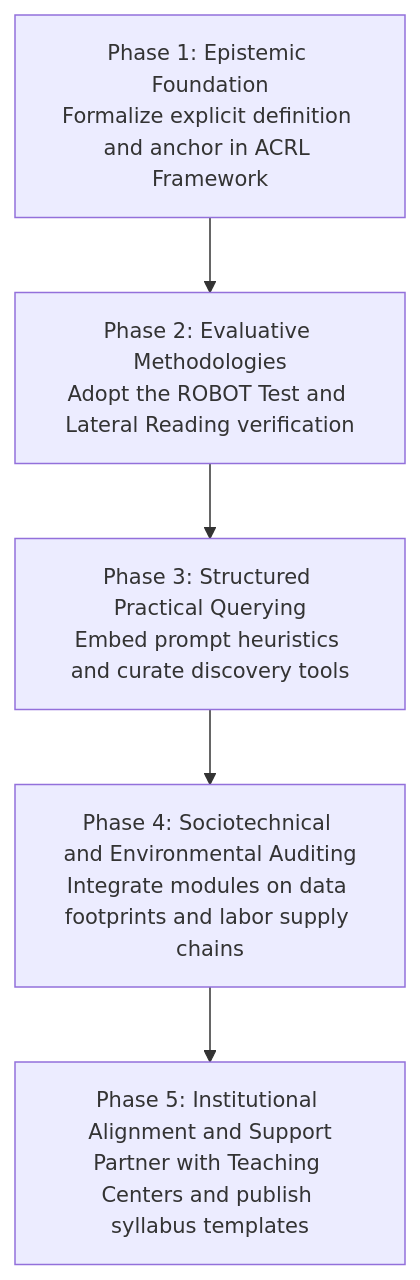
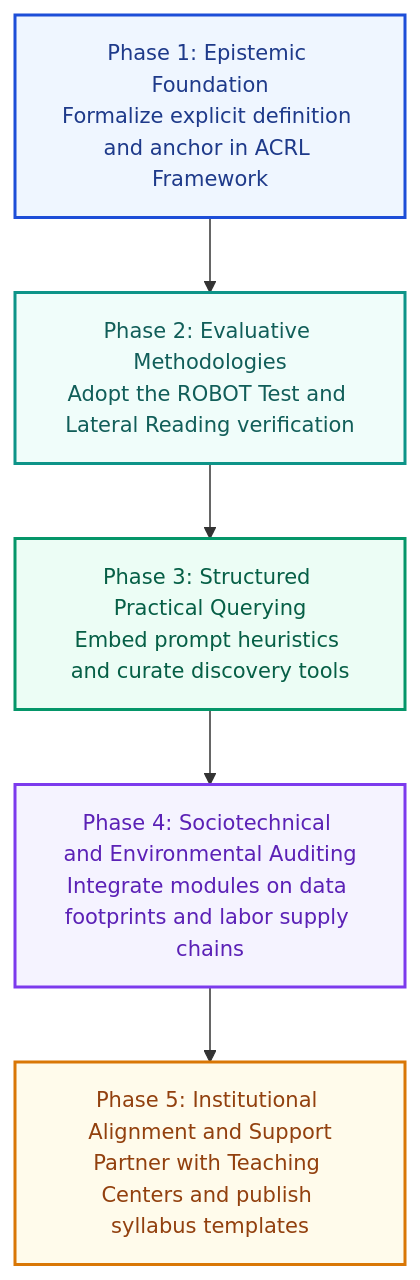
The diagram in chapters/07-recommendations.qmd (UCSB-Library-Research-Data-Services/AI-Literacy), drawn with Mermaid before and after one commit. The commit also changed 16 other files, not shown here.

First line of the commit message:
Refactor Mermaid styles and enhance flowchart definitions

````diff
--- a/chapters/07-recommendations.qmd
+++ b/chapters/07-recommendations.qmd
@@ -13,17 +13,29 @@
 ```{mermaid}
 %%| fig-cap: "Five-Phase Implementation Roadmap for Academic Library AI Curricula"
 %%{init: {'flowchart': {'htmlLabels': false}, 'themeVariables': {'fontSize': '14px'}}}%%
 flowchart TD
     P1["`Phase 1: Epistemic Foundation
          Formalize explicit definition and anchor in ACRL Framework`"]
     P2["`Phase 2: Evaluative Methodologies
          Adopt the ROBOT Test and Lateral Reading verification`"]
     P3["`Phase 3: Structured Practical Querying
          Embed prompt heuristics and curate discovery tools`"]
     P4["`Phase 4: Sociotechnical and Environmental Auditing
          Integrate modules on data footprints and labor supply chains`"]
     P5["`Phase 5: Institutional Alignment and Support
          Partner with Teaching Centers and publish syllabus templates`"]
 
     P1 --> P2 --> P3 --> P4 --> P5
+
+    classDef phase1 fill:#eff6ff,stroke:#1d4ed8,stroke-width:2px,color:#1e3a8a;
+    classDef phase2 fill:#f0fdfa,stroke:#0d9488,stroke-width:2px,color:#115e59;
+    classDef phase3 fill:#ecfdf5,stroke:#059669,stroke-width:2px,color:#065f46;
+    classDef phase4 fill:#f5f3ff,stroke:#7c3aed,stroke-width:2px,color:#5b21b6;
+    classDef phase5 fill:#fffbeb,stroke:#d97706,stroke-width:2px,color:#92400e;
+
+    class P1 phase1;
+    class P2 phase2;
+    class P3 phase3;
+    class P4 phase4;
+    class P5 phase5;
 ```
````
